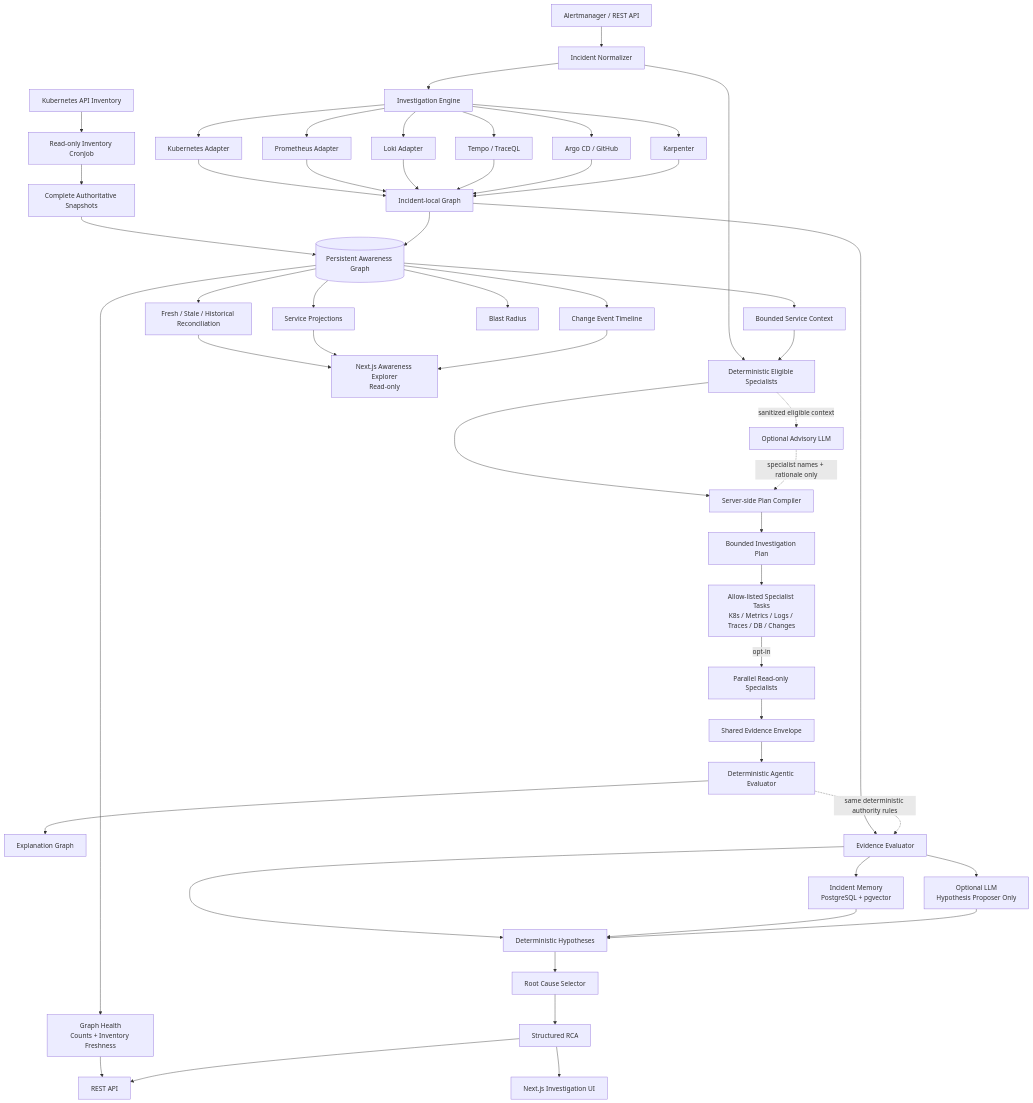
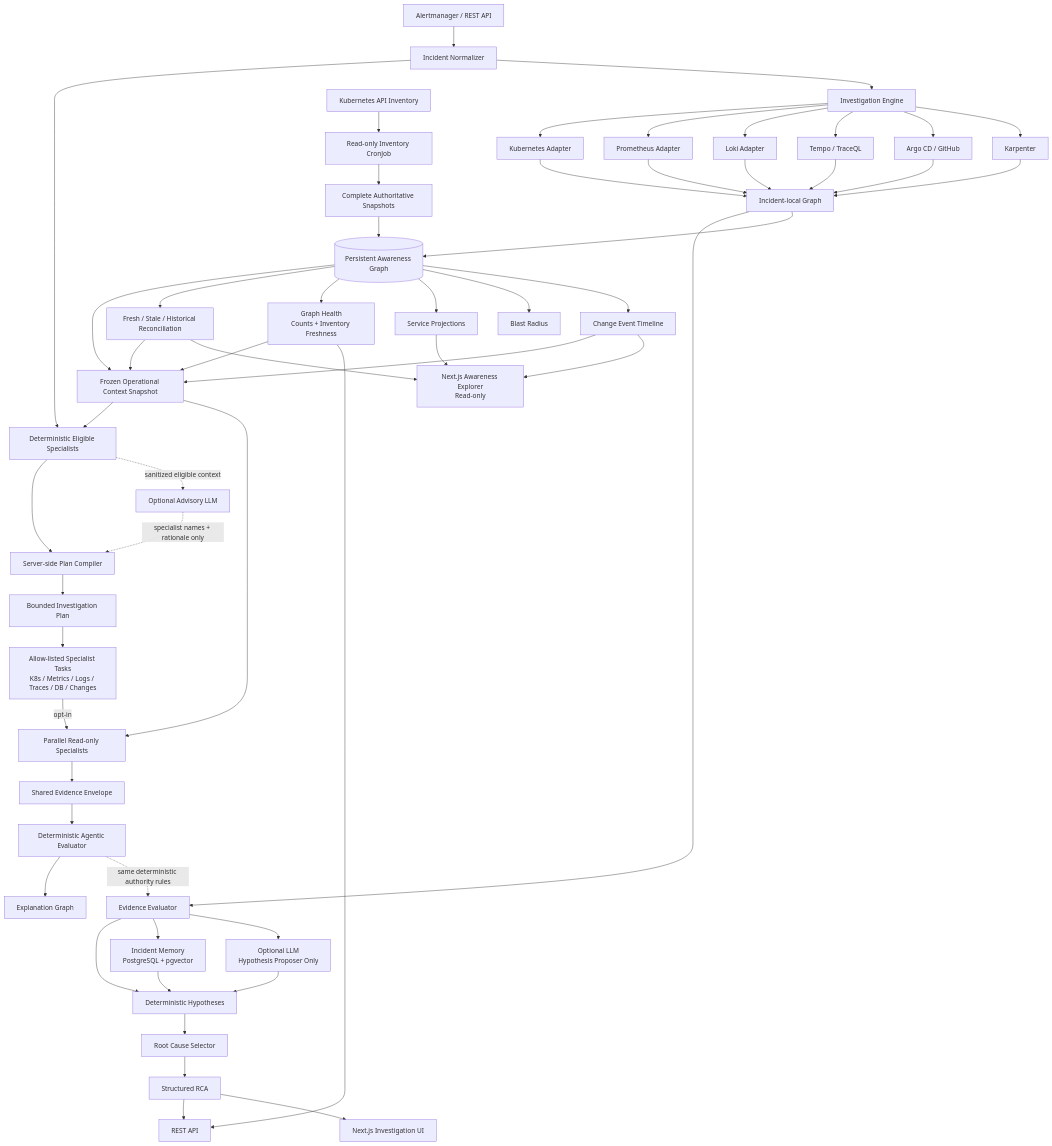
The first of 26 diagrams in docs/architecture.md (marcocristofolini/ai-sre-rca), drawn with Mermaid before and after one commit. The commit also changed other lines of this file, not shown here.

Commit message:
docs: add agentic operational context architecture

````diff
--- a/docs/architecture.md
+++ b/docs/architecture.md
@@ -7,58 +7,62 @@
 ```mermaid
 flowchart TD
     A[Alertmanager / REST API] --> N[Incident Normalizer]
     N --> EL[Deterministic Eligible Specialists]
     N --> I[Investigation Engine]
 
     KINV[Kubernetes API Inventory] --> KCRON[Read-only Inventory CronJob]
     KCRON --> KSNAP[Complete Authoritative Snapshots]
     KSNAP --> PAG[(Persistent Awareness Graph)]
-    PAG --> CTX[Bounded Service Context]
-    CTX --> EL
+    PAG --> OCS[Frozen Operational Context Snapshot]
+    OCS --> EL
     EL --> COMP[Server-side Plan Compiler]
     EL -. sanitized eligible context .-> MPL[Optional Advisory LLM]
     MPL -. specialist names + rationale only .-> COMP
     COMP --> PLAN[Bounded Investigation Plan]
     PLAN --> PT[Allow-listed Specialist Tasks<br/>K8s / Metrics / Logs / Traces / DB / Changes]
     PT -->|opt-in| ORCH[Parallel Read-only Specialists]
+    OCS --> ORCH
     ORCH --> SE[Shared Evidence Envelope]
     SE --> AE[Deterministic Agentic Evaluator]
     AE --> XG[Explanation Graph]
 
     I --> K[Kubernetes Adapter]
     I --> P[Prometheus Adapter]
     I --> L[Loki Adapter]
     I --> T[Tempo / TraceQL]
     I --> AR[Argo CD / GitHub]
     I --> KA[Karpenter]
 
     K --> LG[Incident-local Graph]
     P --> LG
     L --> LG
     T --> LG
     AR --> LG
     KA --> LG
 
     LG --> EV[Evidence Evaluator]
     AE -. same deterministic authority rules .-> EV
     LG --> PAG
     PAG --> REC[Fresh / Stale / Historical Reconciliation]
     PAG --> GH[Graph Health<br/>Counts + Inventory Freshness]
     PAG --> SV[Service Projections]
     PAG --> BR[Blast Radius]
     PAG --> CE[Change Event Timeline]
+    REC --> OCS
+    GH --> OCS
+    CE --> OCS
     GH --> API
     REC --> AUI[Next.js Awareness Explorer<br/>Read-only]
     SV --> AUI
     CE --> AUI
 
     EV --> H[Deterministic Hypotheses]
     EV --> MEM[Incident Memory<br/>PostgreSQL + pgvector]
     EV --> LLM[Optional LLM<br/>Hypothesis Proposer Only]
     MEM --> H
     LLM --> H
     H --> RC[Root Cause Selector]
     RC --> RCA[Structured RCA]
     RCA --> API[REST API]
     RCA --> UI[Next.js Investigation UI]
 ```
````
